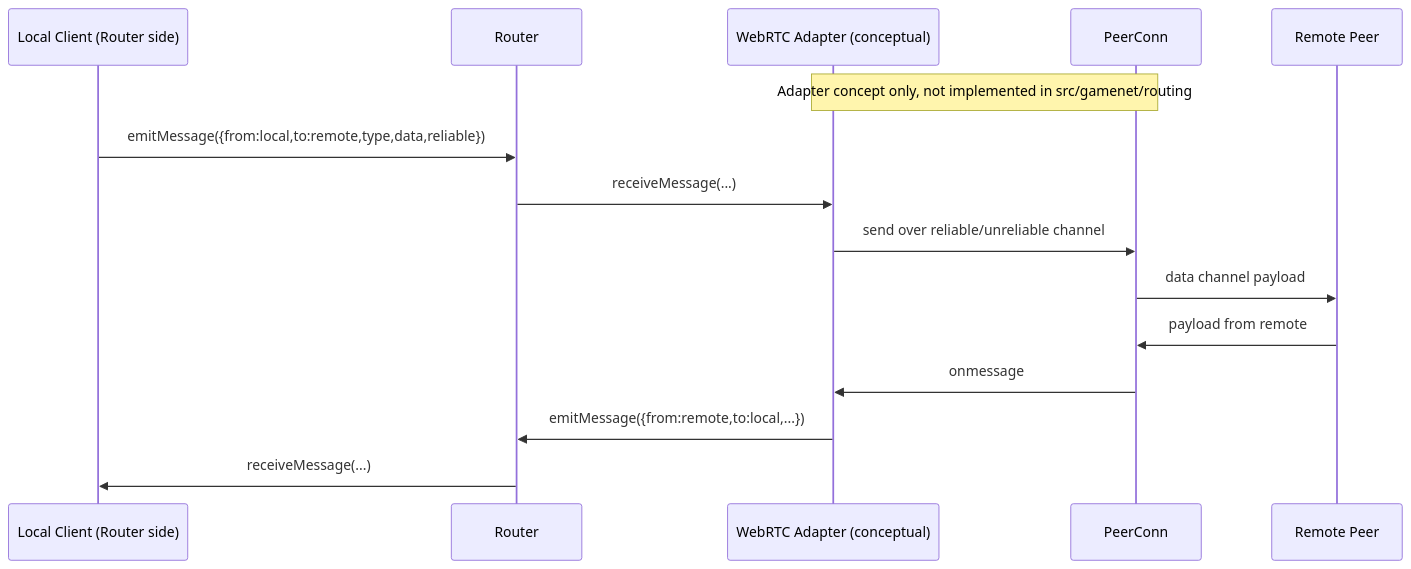
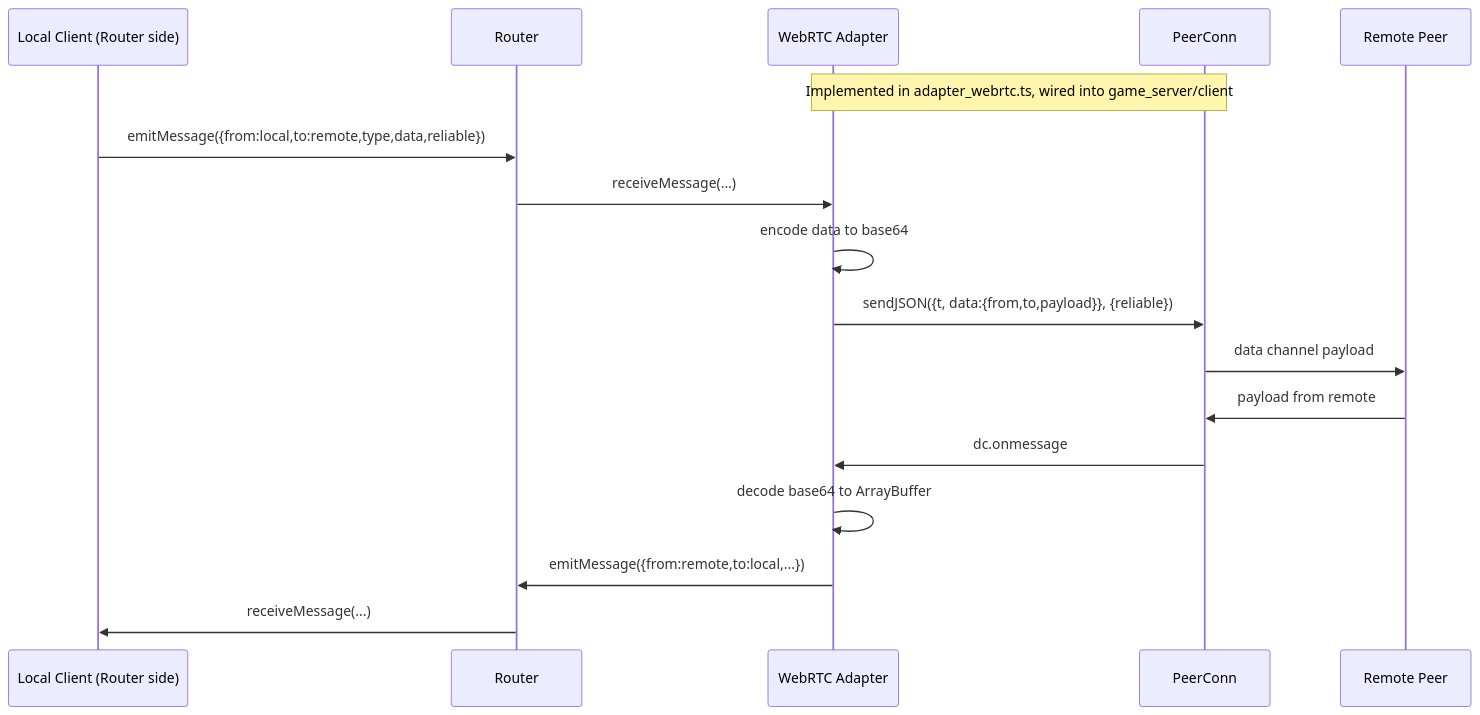
The second of 2 diagrams in docs/routing.md (pjoe/gamenet), drawn with Mermaid before and after one commit. The commit also changed other lines of this file and 1 other file, not shown here.

Commit message:
docs: update routing and architecture docs with WebRTC adapter details

````diff
--- a/docs/routing.md
+++ b/docs/routing.md
@@ -102,20 +143,22 @@
 ```mermaid
 sequenceDiagram
     participant L as Local Client (Router side)
     participant R as Router
-    participant RA as WebRTC Adapter (conceptual)
+    participant RA as WebRTC Adapter
     participant PC as PeerConn
     participant RP as Remote Peer
 
-    Note over RA,PC: Adapter concept only, not implemented in src/gamenet/routing
+    Note over RA,PC: Implemented in adapter_webrtc.ts, wired into game_server/client
 
     L->>R: emitMessage({from:local,to:remote,type,data,reliable})
     R->>RA: receiveMessage(...)
-    RA->>PC: send over reliable/unreliable channel
+    RA->>RA: encode data to base64
+    RA->>PC: sendJSON({t, data:{from,to,payload}}, {reliable})
     PC->>RP: data channel payload
 
     RP->>PC: payload from remote
-    PC->>RA: onmessage
+    PC->>RA: dc.onmessage
+    RA->>RA: decode base64 to ArrayBuffer
     RA->>R: emitMessage({from:remote,to:local,...})
     R->>L: receiveMessage(...)
 ```
````
